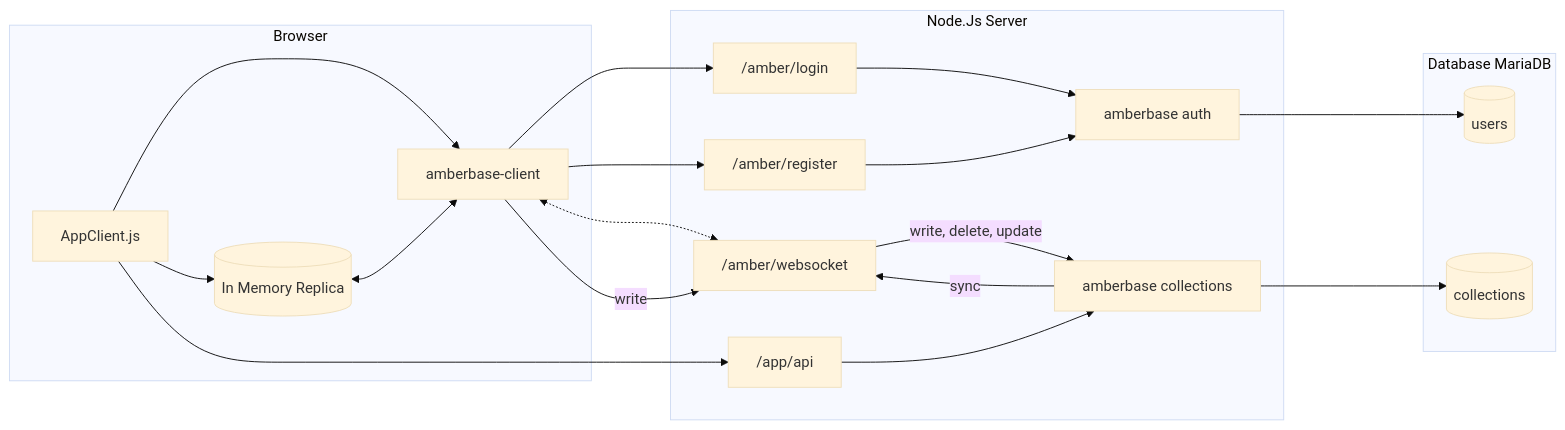
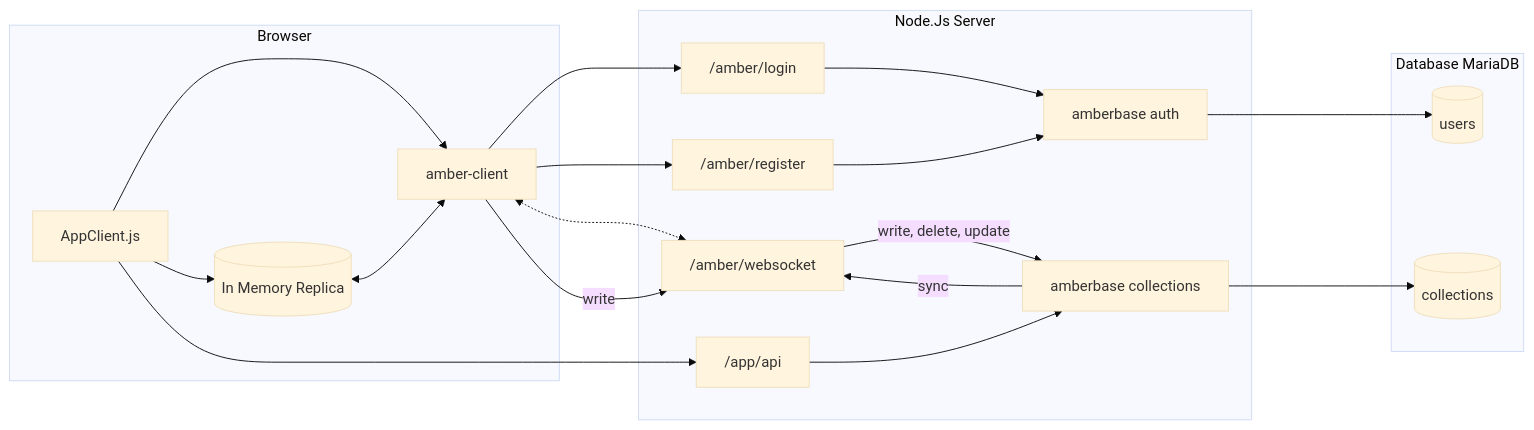
The third of 3 diagrams in docs/concept.md (amberbase/amberbase), drawn with Mermaid (base theme) before and after one commit. The commit also changed other lines of this file and 8 other files, not shown here.

````diff
--- a/docs/concept.md
+++ b/docs/concept.md
@@ -136,25 +135,25 @@
 ```mermaid
 flowchart LR;
     subgraph Browser
         inMem[(In Memory Replica)] <--> clientLib
-        app[AppClient.js]-->clientLib[amberbase-client]
+        app[AppClient.js]-->clientLib[amber-client]
         app --> inMem
     end
     
     subgraph Node.Js Server
         clientLib --> login[ /amber/login]    
         clientLib --> register[ /amber/register]
         login --> userLib[amberbase auth]
         register --> userLib
         clientLib<-.->ws[ /amber/websocket]
         clientLib-- write -->ws
         app --> appApi[ /app/api]
         appApi --> dataLib[amberbase collections]
         ws -->|write, delete, update| dataLib 
         dataLib -->|sync| ws
     end
     subgraph Database MariaDB
         userLib ----> usersDb[(users)]
         dataLib ----> dataDb[(collections)]
     end
 ```
````
